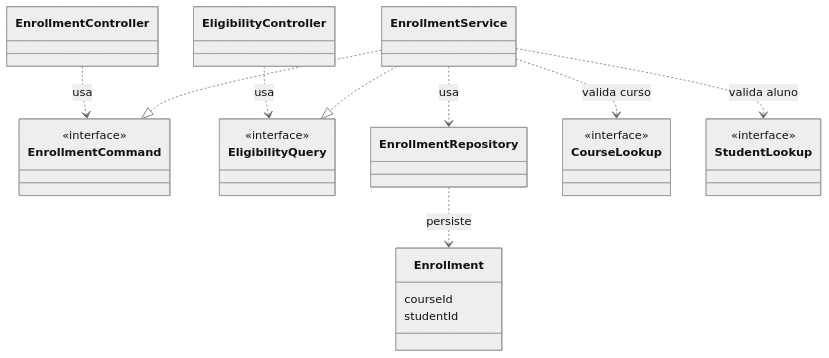
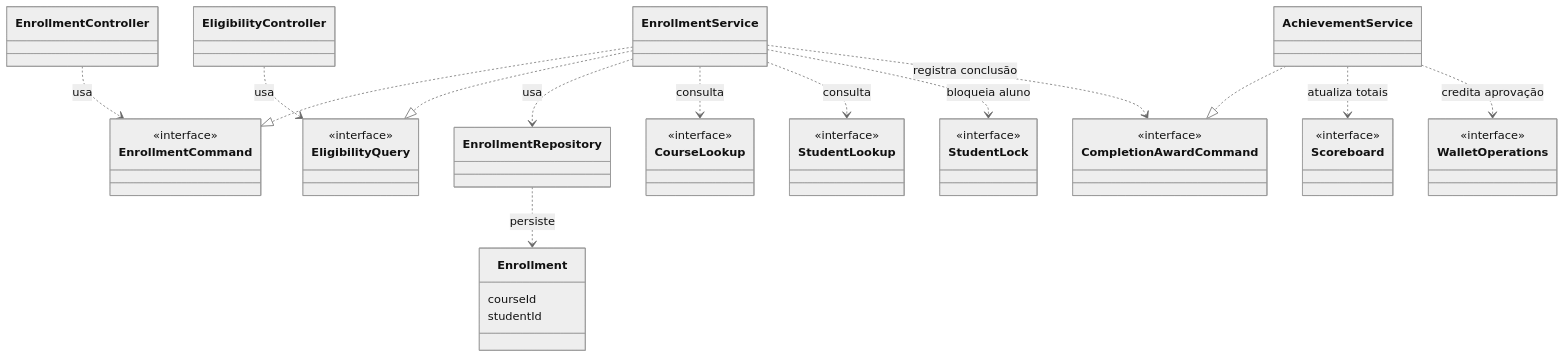
The fourth of 4 diagrams in AC2 README.md (RenanlMelo/dev_ops_ex_A1), drawn with Mermaid (neutral theme) before and after one commit. The commit also changed other lines of this file, not shown here.

````diff
--- a/AC2 README.md
+++ b/AC2 README.md
@@ -250,39 +213,45 @@
 ```mermaid
 classDiagram
     direction TB
-
-    class EnrollmentController
-    class EligibilityController
-
     class EnrollmentCommand {
         <<interface>>
     }
     class EligibilityQuery {
         <<interface>>
     }
-
-    class EnrollmentService
-    class EnrollmentRepository
-    class Enrollment {
-        courseId
-        studentId
-    }
-
     class CourseLookup {
         <<interface>>
     }
     class StudentLookup {
         <<interface>>
     }
-
+    class StudentLock {
+        <<interface>>
+    }
+    class CompletionAwardCommand {
+        <<interface>>
+    }
+    class Scoreboard {
+        <<interface>>
+    }
+    class WalletOperations {
+        <<interface>>
+    }
+    class Enrollment {
+        courseId
+        studentId
+    }
     EnrollmentController ..> EnrollmentCommand : usa
     EligibilityController ..> EligibilityQuery : usa
-
     EnrollmentService ..|> EnrollmentCommand
     EnrollmentService ..|> EligibilityQuery
-
     EnrollmentService ..> EnrollmentRepository : usa
     EnrollmentRepository ..> Enrollment : persiste
-    EnrollmentService ..> CourseLookup : valida curso
-    EnrollmentService ..> StudentLookup : valida aluno
+    EnrollmentService ..> CourseLookup : consulta
+    EnrollmentService ..> StudentLookup : consulta
+    EnrollmentService ..> StudentLock : bloqueia aluno
+    EnrollmentService ..> CompletionAwardCommand : registra conclusão
+    AchievementService ..|> CompletionAwardCommand
+    AchievementService ..> Scoreboard : atualiza totais
+    AchievementService ..> WalletOperations : credita aprovação
 ```
````
